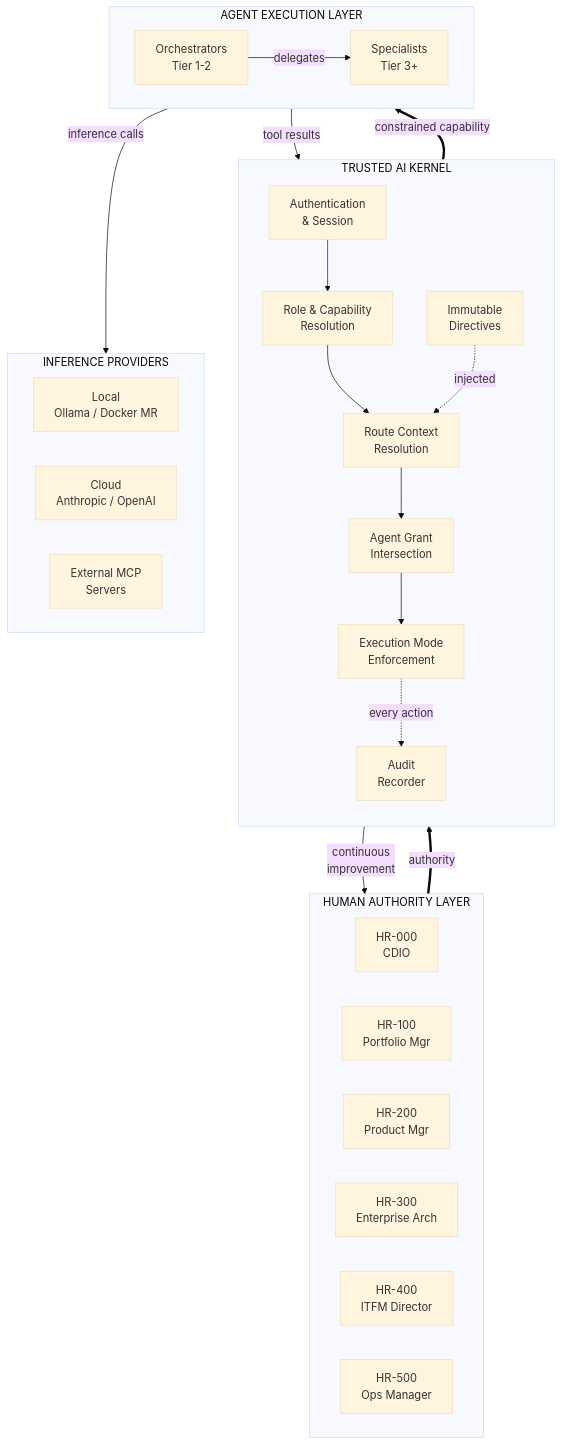
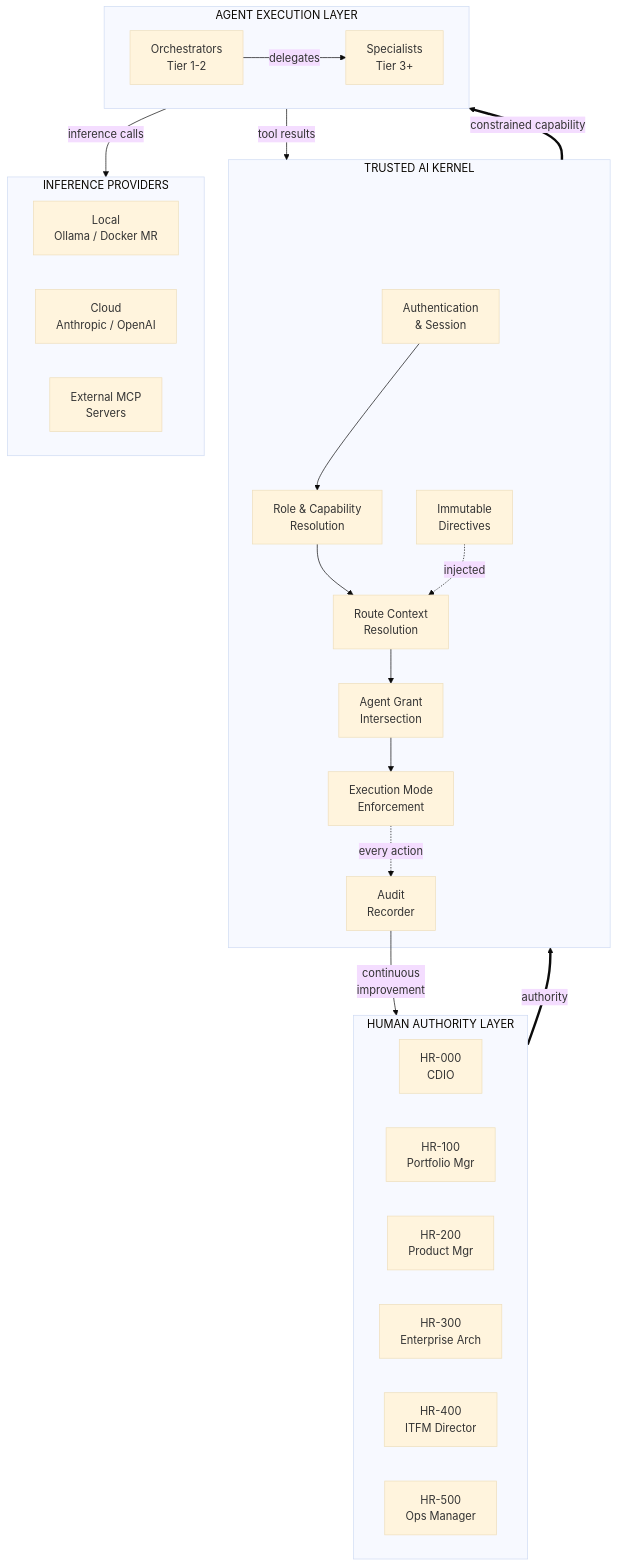
One commit to OpenDigitalProductFactory/opendigitalproductfactory changed the diagram in docs/architecture/tak-diagrams/01-tak-overview.mmd. Above: the diagram before and after it, drawn with Mermaid (base theme). The commit also changed 3 other files, not shown here.

First line of the commit message:
fix(diagrams): remove subgraph direction keywords for Mermaid 10.3 compat

```diff
--- a/docs/architecture/tak-diagrams/01-tak-overview.mmd
+++ b/docs/architecture/tak-diagrams/01-tak-overview.mmd
@@ -1,45 +1,41 @@
 flowchart TB
     subgraph HUMANS["HUMAN AUTHORITY LAYER"]
-        direction LR
         HR000["HR-000\nCDIO"]
         HR100["HR-100\nPortfolio Mgr"]
         HR200["HR-200\nProduct Mgr"]
         HR300["HR-300\nEnterprise Arch"]
         HR400["HR-400\nITFM Director"]
         HR500["HR-500\nOps Manager"]
     end
 
     subgraph TAK["TRUSTED AI KERNEL"]
-        direction TB
         AUTH["Authentication\n& Session"]
         ROLE["Role & Capability\nResolution"]
         ROUTE["Route Context\nResolution"]
         GRANTS["Agent Grant\nIntersection"]
         EXEC["Execution Mode\nEnforcement"]
         DIRECTIVES["Immutable\nDirectives"]
         AUDIT["Audit\nRecorder"]
 
         AUTH --> ROLE --> ROUTE --> GRANTS --> EXEC
         DIRECTIVES -.->|injected| ROUTE
         EXEC -.->|every action| AUDIT
     end
 
     subgraph AGENTS["AGENT EXECUTION LAYER"]
-        direction LR
         ORCH["Orchestrators\nTier 1-2"]
         SPEC["Specialists\nTier 3+"]
         ORCH -->|delegates| SPEC
     end
 
     subgraph PROVIDERS["INFERENCE PROVIDERS"]
-        direction LR
         LOCAL["Local\nOllama / Docker MR"]
         CLOUD["Cloud\nAnthropic / OpenAI"]
         MCP["External MCP\nServers"]
     end
 
     HUMANS ==>|authority| TAK
     TAK ==>|constrained capability| AGENTS
     AGENTS -->|inference calls| PROVIDERS
     AGENTS -->|tool results| TAK
     AUDIT -->|"continuous\nimprovement"| HUMANS
```
